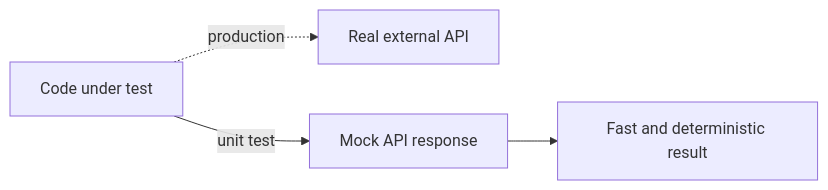
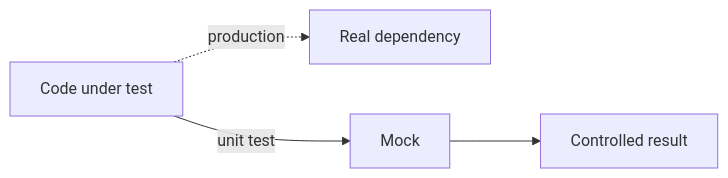
One commit to AvadhBhalodiya/Interview-Preparation changed the fifth of 7 diagrams in src/content/testing/pytest-fixtures-parametrize-mock.md. Above: the diagram before and after it, drawn with Mermaid. The commit also changed other lines of this file and 54 other files, not shown here.

````diff
--- a/src/content/testing/pytest-fixtures-parametrize-mock.md
+++ b/src/content/testing/pytest-fixtures-parametrize-mock.md
@@ -700,6 +369,6 @@
 ```mermaid
 flowchart LR
-    A[Code under test] -. production .-> B[Real external API]
-    A -- unit test --> C[Mock API response]
-    C --> D[Fast and deterministic result]
+    A[Code under test] -. production .-> B[Real dependency]
+    A -- unit test --> C[Mock]
+    C --> D[Controlled result]
 ```
````
